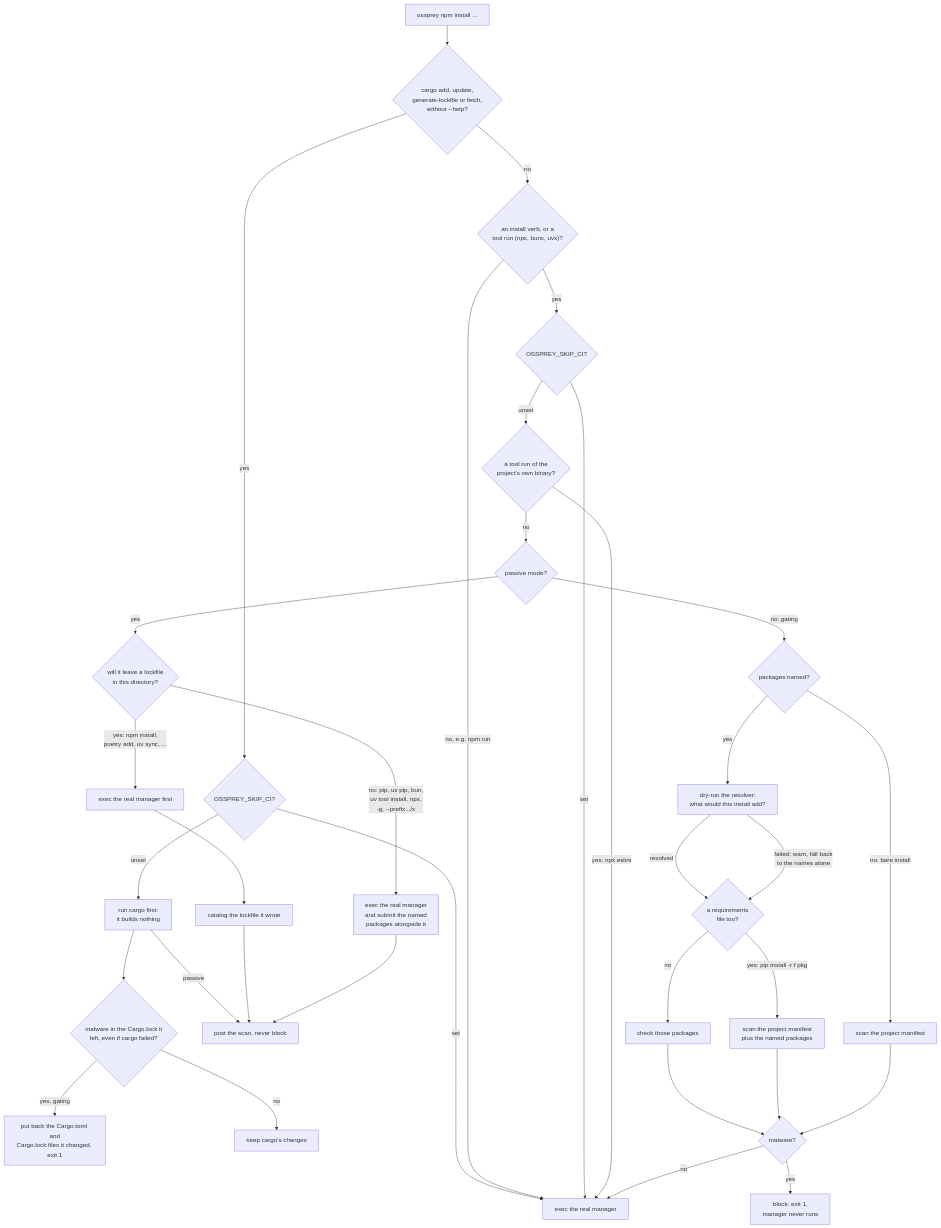
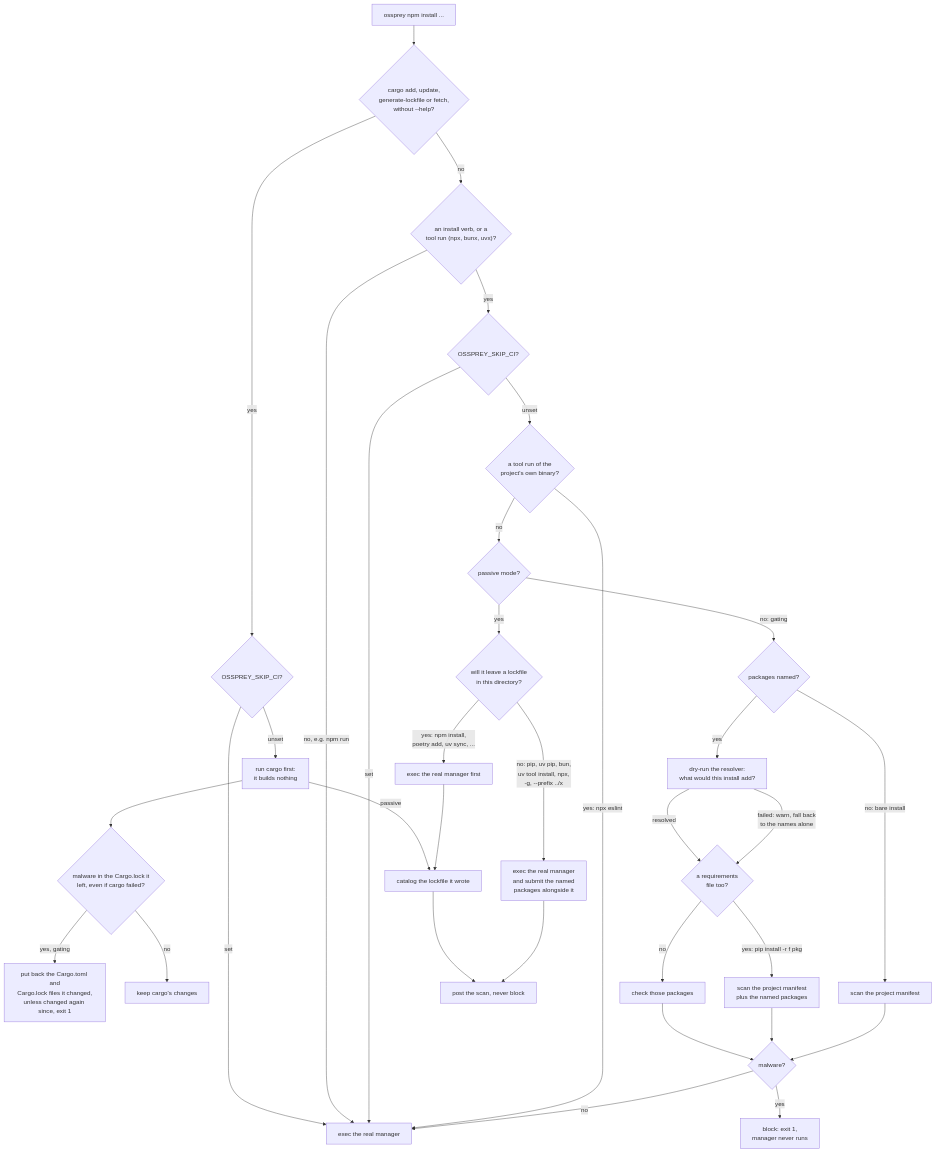
Before and after one commit to ossprey/ossprey-cli: the second of 3 diagrams in docs/architecture.md, drawn with Mermaid. The commit also changed 2 other files, not shown here.

Commit message:
docs: route passive cargo through the lock scan and describe the new cargo rules (OSS-2553)
The forwarder diagram's passive cargo edge now passes through the lockfile
scan, as the code does, and a block's node says a file changed again is
left alone. The forwarder page and CLAUDE.md describe that, the configs
read as cargo reads them, a dry run that leaves nothing to check, and the
definite crates.io index rule for cargo install.

````diff
--- a/docs/architecture.md
+++ b/docs/architecture.md
@@ -49,38 +49,38 @@
 ```mermaid
 flowchart TD
     S["ossprey npm install ..."] --> CA{"cargo add, update,<br/>generate-lockfile or fetch,<br/>without --help?"}
     CA -- "yes" --> CV{"OSSPREY_SKIP_CI?"}
     CV -- "set" --> U
     CV -- "unset" --> CB["run cargo first:<br/>it builds nothing"]
     CB --> CC{"malware in the Cargo.lock it<br/>left, even if cargo failed?"}
-    CC -- "yes, gating" --> CD["put back the Cargo.toml and<br/>Cargo.lock files it changed, exit 1"]
+    CC -- "yes, gating" --> CD["put back the Cargo.toml and<br/>Cargo.lock files it changed,<br/>unless changed again since, exit 1"]
     CC -- "no" --> CE["keep cargo's changes"]
-    CB -- "passive" --> AF
+    CB -- "passive" --> AE
     CA -- "no" --> T{"an install verb, or a<br/>tool run (npx, bunx, uvx)?"}
     T -- "no, e.g. npm run" --> U["exec the real manager"]
     T -- "yes" --> V{"OSSPREY_SKIP_CI?"}
     V -- "set" --> U
     V -- "unset" --> L{"a tool run of the<br/>project's own binary?"}
     L -- "yes: npx eslint" --> U
     L -- "no" --> W{"passive mode?"}
 
     W -- "no: gating" --> X{"packages named?"}
     X -- "yes" --> E["dry-run the resolver:<br/>what would this install add?"]
     E -- "resolved" --> R{"a requirements<br/>file too?"}
     E -- "failed: warn, fall back<br/>to the names alone" --> R
     R -- "no" --> Y["check those packages"]
     R -- "yes: pip install -r f pkg" --> RZ["scan the project manifest<br/>plus the named packages"]
     X -- "no: bare install" --> Z["scan the project manifest"]
     Y --> AA{"malware?"}
     RZ --> AA
     Z --> AA
     AA -- "yes" --> AB["block: exit 1,<br/>manager never runs"]
     AA -- "no" --> U
 
     W -- "yes" --> AC{"will it leave a lockfile<br/>in this directory?"}
     AC -- "yes: npm install,<br/>poetry add, uv sync, ..." --> AD["exec the real manager first"]
     AD --> AE["catalog the lockfile it wrote"]
     AE --> AF["post the scan, never block"]
     AC -- "no: pip, uv pip, bun,<br/>uv tool install, npx,<br/>-g, --prefix ../x" --> AG["exec the real manager<br/>and submit the named<br/>packages alongside it"]
     AG --> AF
 ```
````
